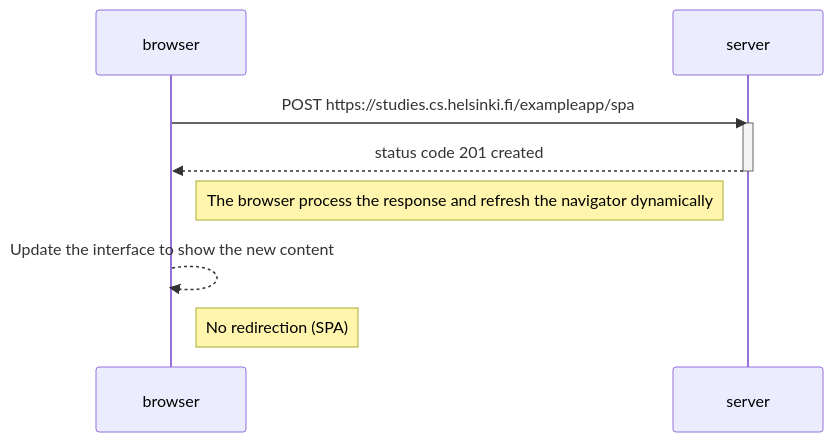
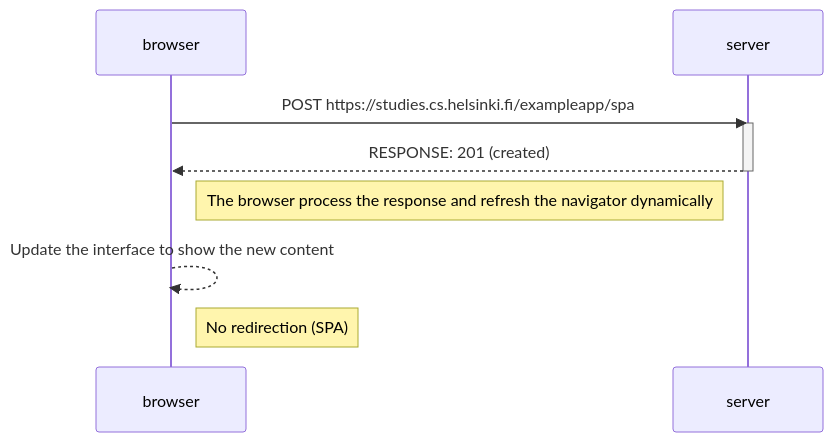
One commit to LucasAraujo639/fullstackopen.com changed the diagram in part 0/0.6-diagram.md. Above: the diagram before and after it, drawn with Mermaid.

Commit message:
Se arreglo parte 0

````diff
--- a/part 0/0.6-diagram.md
+++ b/part 0/0.6-diagram.md
@@ -1,16 +1,16 @@
 ``` mermaid
     sequenceDiagram
     participant browser
     participant server
    
     browser->>server: POST  https://studies.cs.helsinki.fi/exampleapp/spa
     activate server
-    server-->>browser: status code 201 created
+    server-->>browser: RESPONSE: 201 (created)
     deactivate server
 
     Note right of browser: The browser process the response and refresh the navigator dynamically
 
     browser-->>browser: Update the interface to show the new content
 
     Note right of browser: No redirection (SPA)
 ```
````
